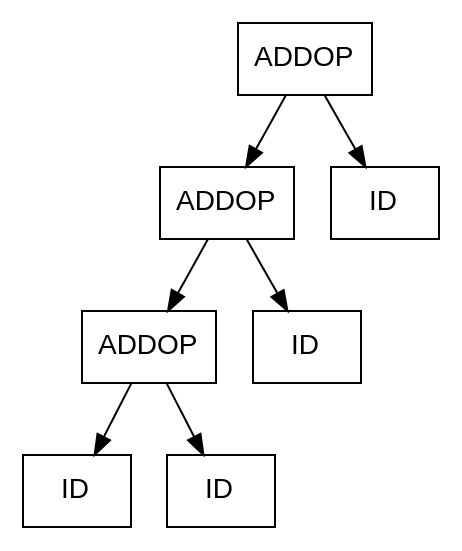
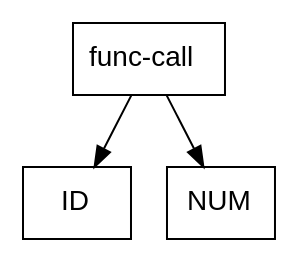
The diagram in Typescript_Compiler/expected.dot (WalterIrvin/Compiler_Project), drawn with Graphviz before and after one commit. The commit also changed 5 other files, not shown here.

```diff
--- a/Typescript_Compiler/expected.dot
+++ b/Typescript_Compiler/expected.dot
@@ -1,16 +1,8 @@
 digraph d{
 node [fontname="Helvetica",shape=box];
-n0 [label=<ADDOP>];
-n1 [label=<ADDOP>];
-n2 [label=<ADDOP>];
-n3 [label=<ID>];
-n4 [label=<ID>];
-n5 [label=<ID>];
-n6 [label=<ID>];
+n0 [label=<func-call>];
+n1 [label=<ID>];
+n2 [label=<NUM>];
 n0 -> n1;
-n0 -> n6;
-n1 -> n2;
-n1 -> n5;
-n2 -> n3;
-n2 -> n4;
+n0 -> n2;
 }
```
